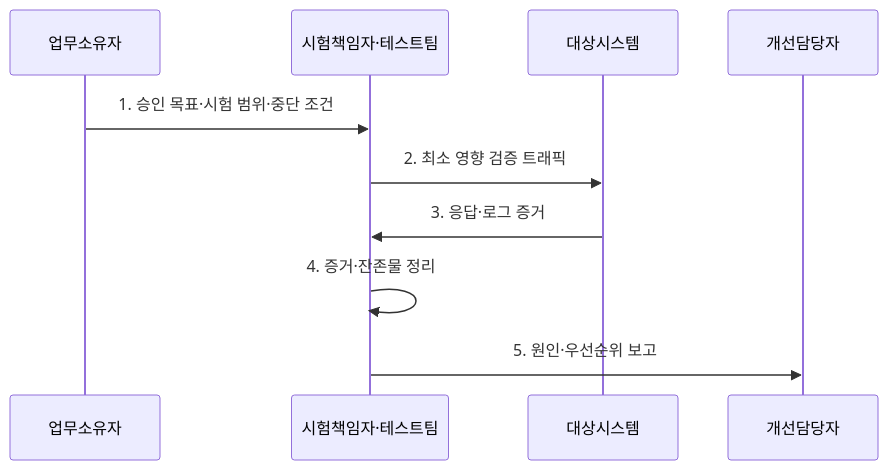
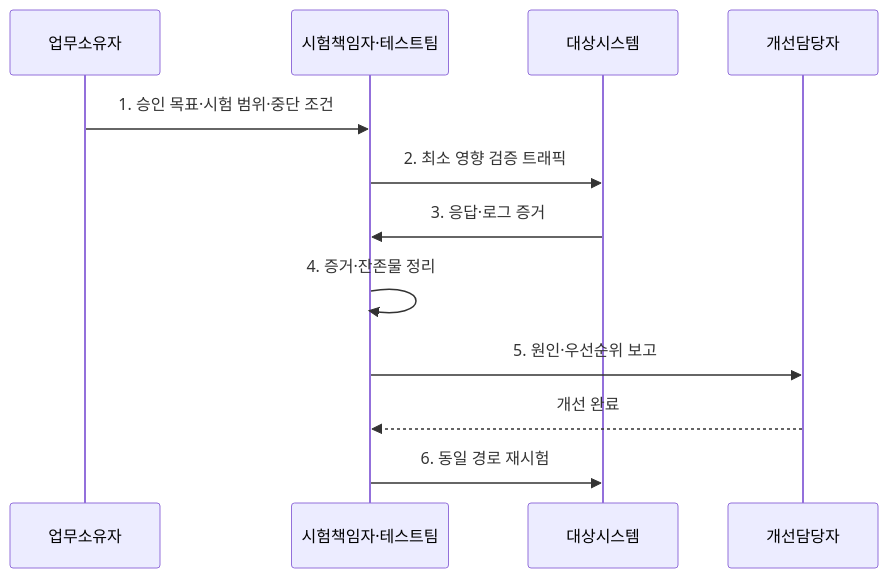
One commit to agnusdei1207/knowledge-base changed the second of 2 diagrams in src/content/docs/notes/05-security/041_penetration_testing_methodology.md. Above: the diagram before and after it, drawn with Mermaid. The commit also changed other lines of this file and 4 other files, not shown here.

````diff
--- a/src/content/docs/notes/05-security/041_penetration_testing_methodology.md
+++ b/src/content/docs/notes/05-security/041_penetration_testing_methodology.md
@@ -102,12 +102,14 @@
 ```mermaid
 sequenceDiagram
     participant 업무소유자
     participant 테스트팀 as 시험책임자·테스트팀
     participant 대상시스템
     participant 개선담당자
     업무소유자->>테스트팀: 1. 승인 목표·시험 범위·중단 조건
     테스트팀->>대상시스템: 2. 최소 영향 검증 트래픽
     대상시스템->>테스트팀: 3. 응답·로그 증거
     테스트팀->>테스트팀: 4. 증거·잔존물 정리
     테스트팀->>개선담당자: 5. 원인·우선순위 보고
+    개선담당자-->>테스트팀: 개선 완료
+    테스트팀->>대상시스템: 6. 동일 경로 재시험
 ```
````
